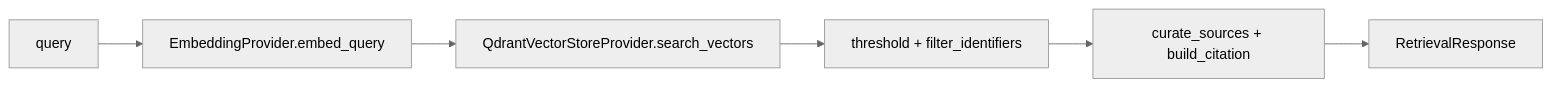
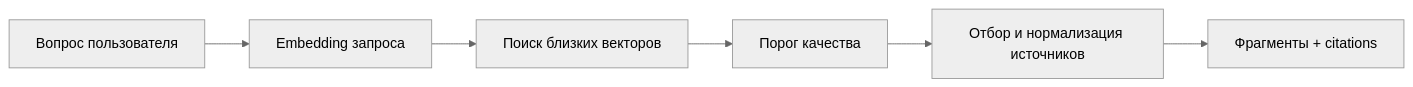
Before and after one commit to Boldurev16/ea-agent-platform-docs: the diagram in docs/generated/07-retrieval-similarity_search.md, drawn with Mermaid (neutral theme). The commit also changed other lines of this file and 51 other files, not shown here.

````diff
--- a/docs/generated/07-retrieval-similarity_search.md
+++ b/docs/generated/07-retrieval-similarity_search.md
@@ -14,8 +11,8 @@
 ```mermaid
 flowchart LR
-    Q["query"] --> E["EmbeddingProvider.embed_query"]
-    E --> V["QdrantVectorStoreProvider.search_vectors"]
-    V --> F["threshold + filter_identifiers"]
-    F --> C["curate_sources + build_citation"]
-    C --> R["RetrievalResponse"]
+  query["Вопрос пользователя"] --> queryEmbedding["Embedding запроса"]
+  queryEmbedding --> vectorSearch["Поиск близких векторов"]
+  vectorSearch --> threshold["Порог качества"]
+  threshold --> curate["Отбор и нормализация источников"]
+  curate --> response["Фрагменты + citations"]
 ```
````
